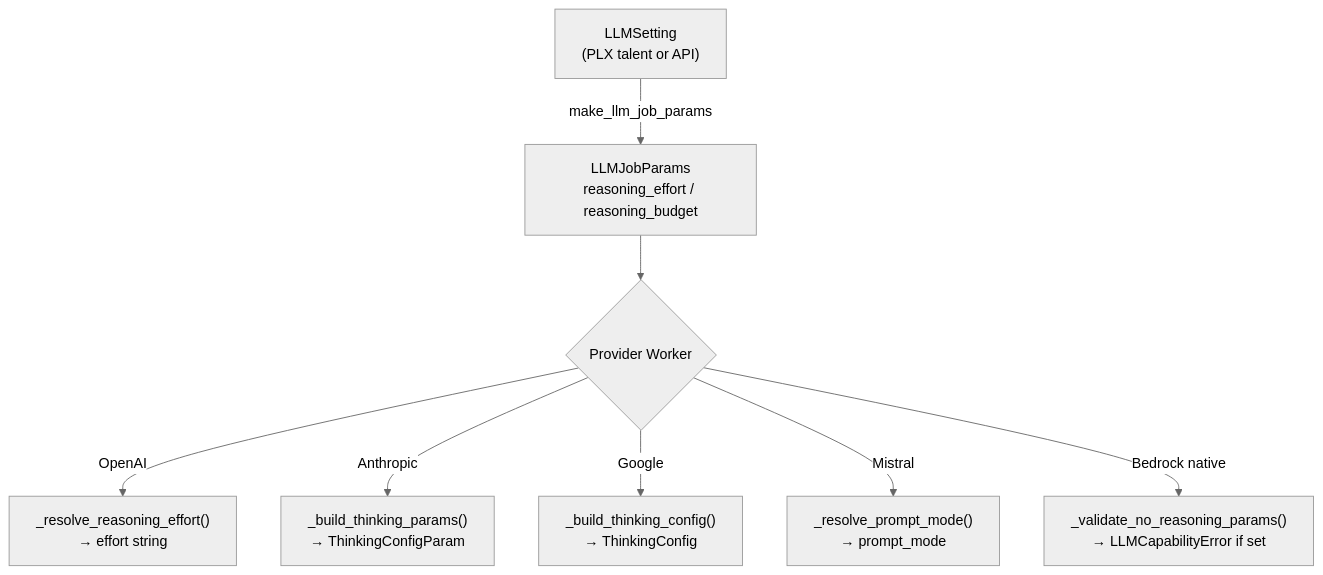
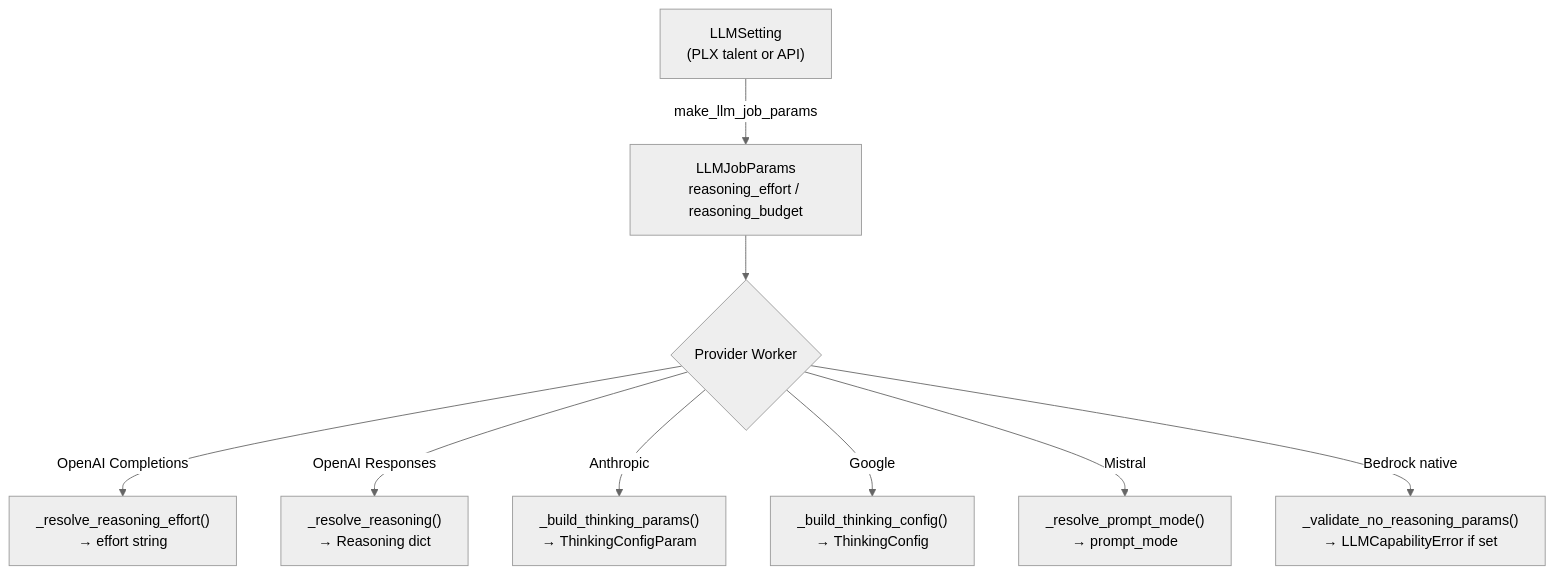
Before and after one commit to Pipelex/pipelex: the diagram in docs/under-the-hood/reasoning-controls.md, drawn with Mermaid (neutral theme). The commit also changed other lines of this file and 19 other files, not shown here.

````diff
--- a/docs/under-the-hood/reasoning-controls.md
+++ b/docs/under-the-hood/reasoning-controls.md
@@ -49,11 +49,12 @@
 ```mermaid
 flowchart TD
     A["LLMSetting<br/>(PLX talent or API)"] -->|make_llm_job_params| B["LLMJobParams<br/>reasoning_effort / reasoning_budget"]
     B --> C{Provider Worker}
 
-    C -->|OpenAI| D["_resolve_reasoning_effort()<br/>→ effort string"]
+    C -->|OpenAI Completions| D["_resolve_reasoning_effort()<br/>→ effort string"]
+    C -->|OpenAI Responses| D2["_resolve_reasoning()<br/>→ Reasoning dict"]
     C -->|Anthropic| E["_build_thinking_params()<br/>→ ThinkingConfigParam"]
     C -->|Google| F["_build_thinking_config()<br/>→ ThinkingConfig"]
     C -->|Mistral| G["_resolve_prompt_mode()<br/>→ prompt_mode"]
     C -->|Bedrock native| H["_validate_no_reasoning_params()<br/>→ LLMCapabilityError if set"]
 ```
````
